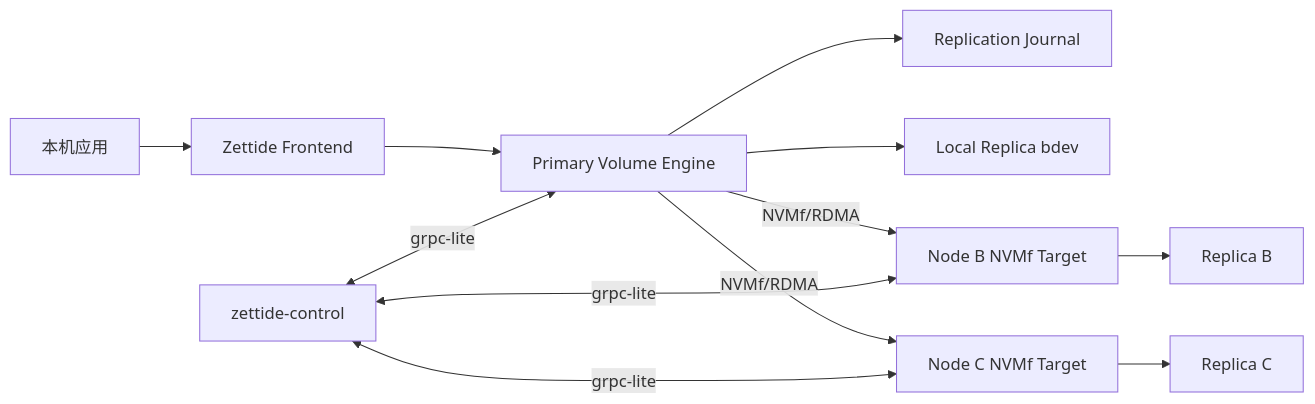
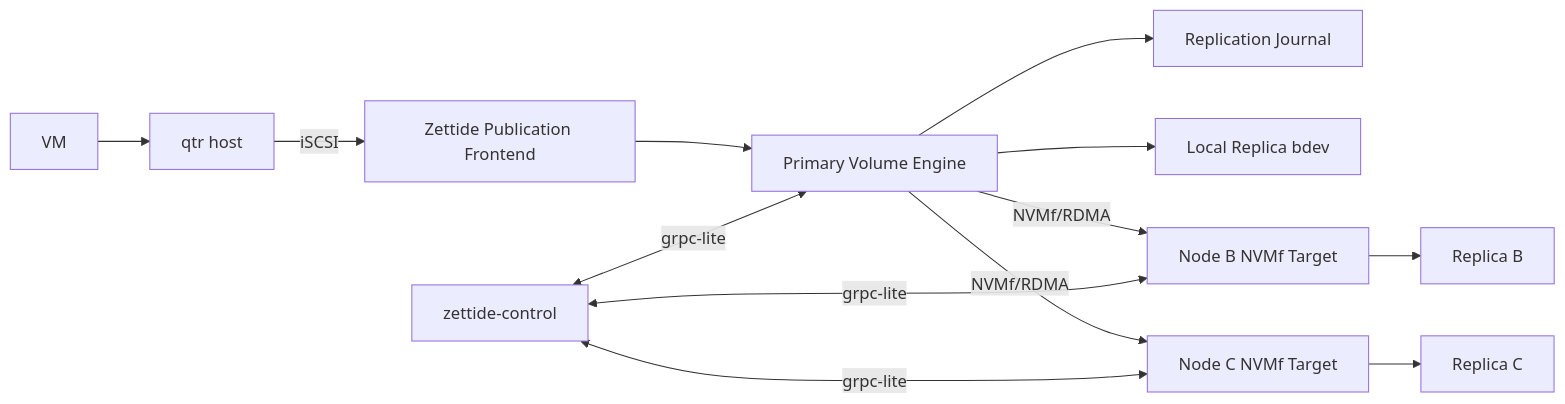
One commit to fanyang89/zettide-mono changed the second of 2 diagrams in docs/architecture/zh-CN/05-data-plane.md. Above: the diagram before and after it, drawn with Mermaid. The commit also changed other lines of this file and 15 other files, not shown here.

Commit message:
docs: define staged storage architecture

````diff
--- a/docs/architecture/zh-CN/05-data-plane.md
+++ b/docs/architecture/zh-CN/05-data-plane.md
@@ -9,14 +33,15 @@
 ```mermaid
 flowchart LR
-    App[本机应用] --> FE[Zettide Frontend]
+    VM[VM] --> Q[qtr host]
+    Q -->|iSCSI| FE[Zettide Publication Frontend]
     FE --> VE[Primary Volume Engine]
     VE --> Journal[Replication Journal]
     VE --> Local[Local Replica bdev]
     VE -->|NVMf/RDMA| T2[Node B NVMf Target]
     VE -->|NVMf/RDMA| T3[Node C NVMf Target]
     T2 --> R2[Replica B]
     T3 --> R3[Replica C]
     CP[zettide-control] <-->|grpc-lite| VE
     CP <-->|grpc-lite| T2
     CP <-->|grpc-lite| T3
 ```
````
